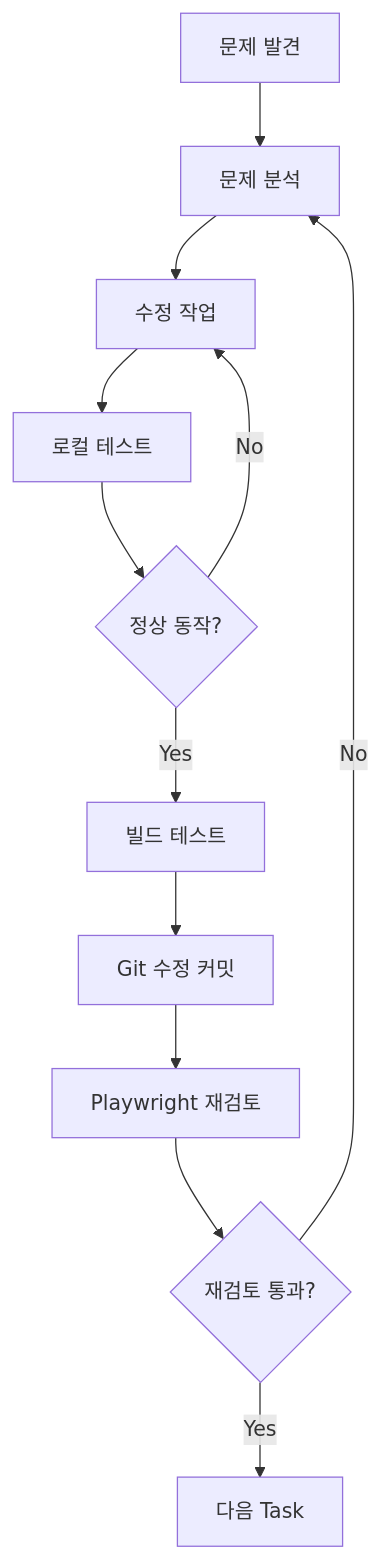
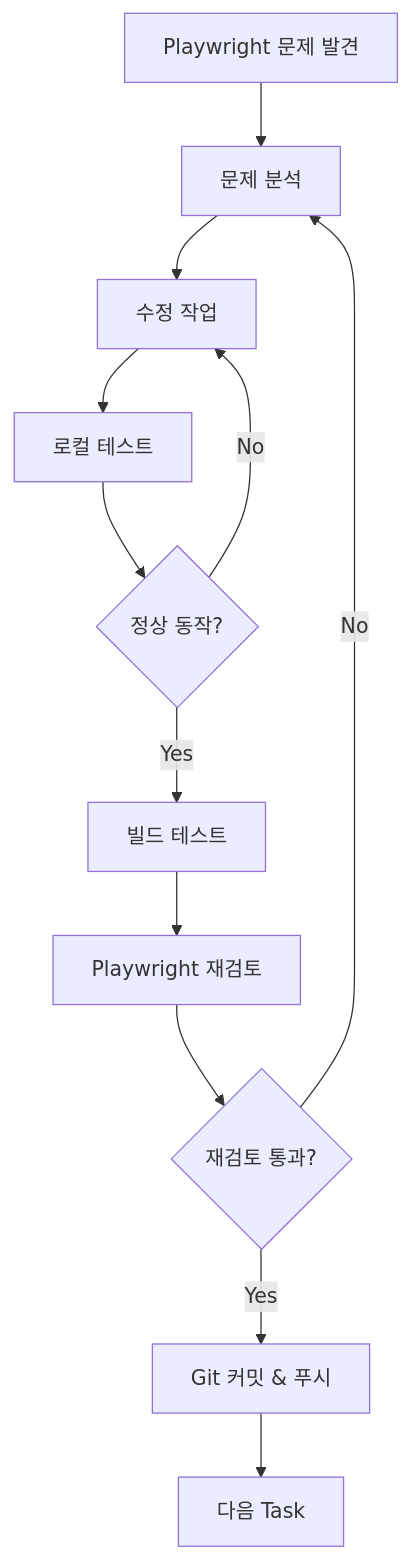
Before and after one commit to bambooty57/ecu-manager-supabase: the second of 2 diagrams in .cursor/rules/development_workflow.mdc, drawn with Mermaid. The commit also changed other lines of this file, not shown here.

First line of the commit message:
워크플로우 최종 완성: 완전한 자동화 시스템 구축 (검증 완료)

````diff
--- a/.cursor/rules/development_workflow.mdc
+++ b/.cursor/rules/development_workflow.mdc
@@ -216,14 +229,14 @@
 ```mermaid
 graph TD
-    A[문제 발견] --> B[문제 분석]
+    A[Playwright 문제 발견] --> B[문제 분석]
     B --> C[수정 작업]
     C --> D[로컬 테스트]
     D --> E{정상 동작?}
     E -->|Yes| F[빌드 테스트]
     E -->|No| C
-    F --> G[Git 수정 커밋]
-    G --> H[Playwright 재검토]
-    H --> I{재검토 통과?}
-    I -->|Yes| J[다음 Task]
-    I -->|No| B
+    F --> G[Playwright 재검토]
+    G --> H{재검토 통과?}
+    H -->|Yes| I[Git 커밋 & 푸시]
+    H -->|No| B
+    I --> J[다음 Task]
 ```
````
